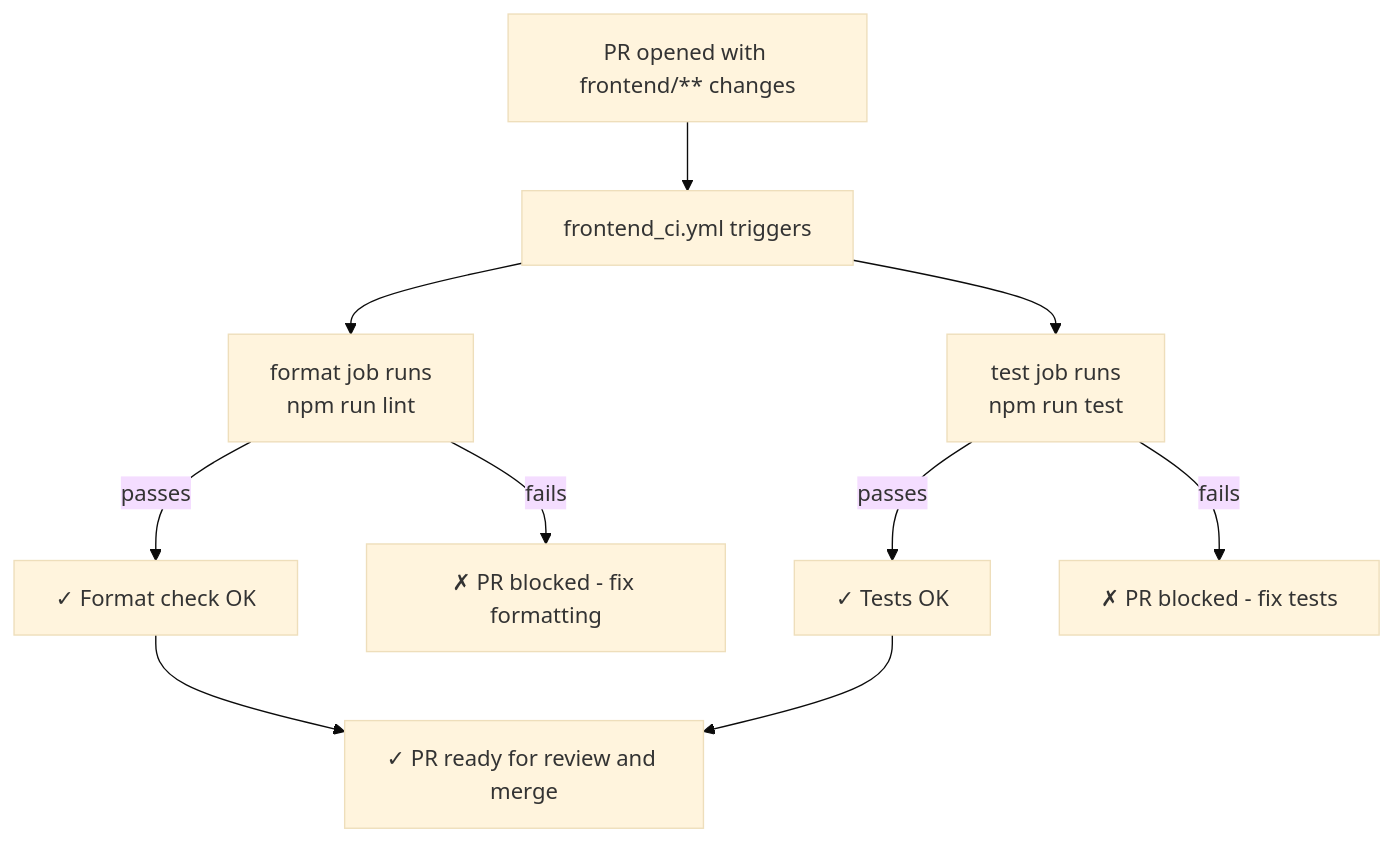
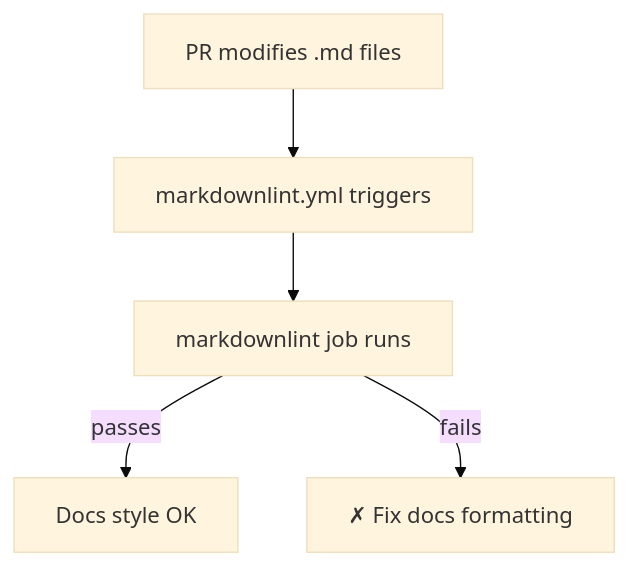
The second of 3 diagrams in docs/devops_practice.md (victoriacheng15/cover-craft), drawn with Mermaid (base theme) before and after one commit. The commit also changed other lines of this file and 1 other file, not shown here.

Commit message:
update devops practice docs and format files (#77)

````diff
--- a/docs/devops_practice.md
+++ b/docs/devops_practice.md
@@ -173,12 +148,7 @@
 ```mermaid
 graph TD
-    A["PR opened with frontend/** changes"] --> B["frontend_ci.yml triggers"]
-    B --> C["format job runs<br/>npm run lint"]
-    B --> D["test job runs<br/>npm run test"]
-    C -->|passes| E["✓ Format check OK"]
-    D -->|passes| F["✓ Tests OK"]
-    E --> G["✓ PR ready for review and merge"]
-    F --> G
-    C -->|fails| H["✗ PR blocked - fix formatting"]
-    D -->|fails| I["✗ PR blocked - fix tests"]
+    A["PR modifies .md files"] --> B["markdownlint.yml triggers"]
+    B --> C["markdownlint job runs"]
+    C -->|passes| D["Docs style OK"]
+    C -->|fails| E["✗ Fix docs formatting"]
 ```
````
